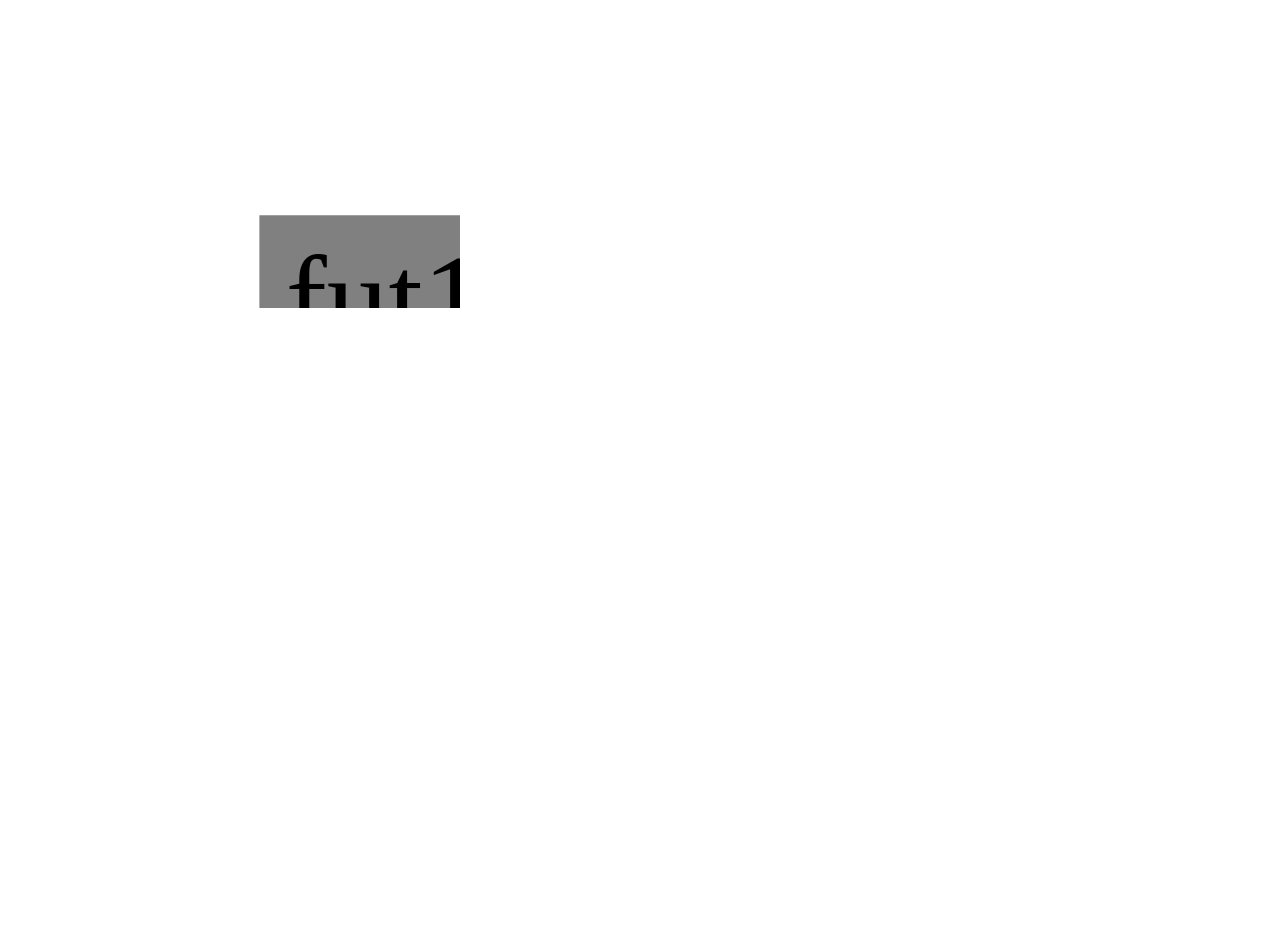
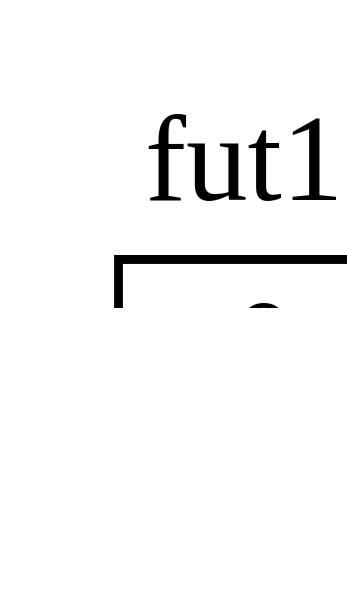
Before and after one commit to rust-lang/book: the diagram in dot/trpl17-04.dot, drawn with Graphviz. The commit also changed 10 other files, not shown here.

Commit message:
Ch. 17: create a diagram showing blocked parallelism

```diff
--- a/dot/trpl17-04.dot
+++ b/dot/trpl17-04.dot
@@ -1,32 +1,19 @@
 digraph {
    rankdir = RL;
    overlap = false;
    dpi = 300.0;
    splines = false;
    cluster = true;
    
    node [shape = "plaintext";];
    
-   // Group the two together, which results in the desired alignment.
-   subgraph {
-      // But don't show the frame!
-      style = "invis";
-      
-      fut1 [label = <<table border="0" cellborder="1" cellspacing="0" bgcolor="gray">
-         <tr><td sides="B">fut1</td></tr>
-         <tr><td>?</td></tr>
-         <tr><td port="target">?</td></tr>
-         <tr><td>?</td></tr>
-         </table>>;];
-      
-      fut2 [label = <<table border="0" cellborder="1" cellspacing="0">
-         <tr><td sides="B">fut2</td></tr>
-         <tr><td>0</td></tr>
-         <tr><td>1</td></tr>
-         <tr><td port="source"> </td></tr>
-         </table>>;];
-      
-      edge [tailclip = "false"; dir = forward];
-      fut2:source:c -> fut1:target:e;
-   }
+   fut1 [label = <<table border="0" cellborder="1" cellspacing="0">
+      <tr><td sides="B">fut1</td></tr>
+      <tr><td>0</td></tr>
+      <tr><td port="target">1</td></tr>
+      <tr><td port="source">  </td></tr>
+      </table>>;];
+   
+   edge [tailclip = "false";];
+   fut1:source:c -> fut1:target [dir = forward;];
 }
```
